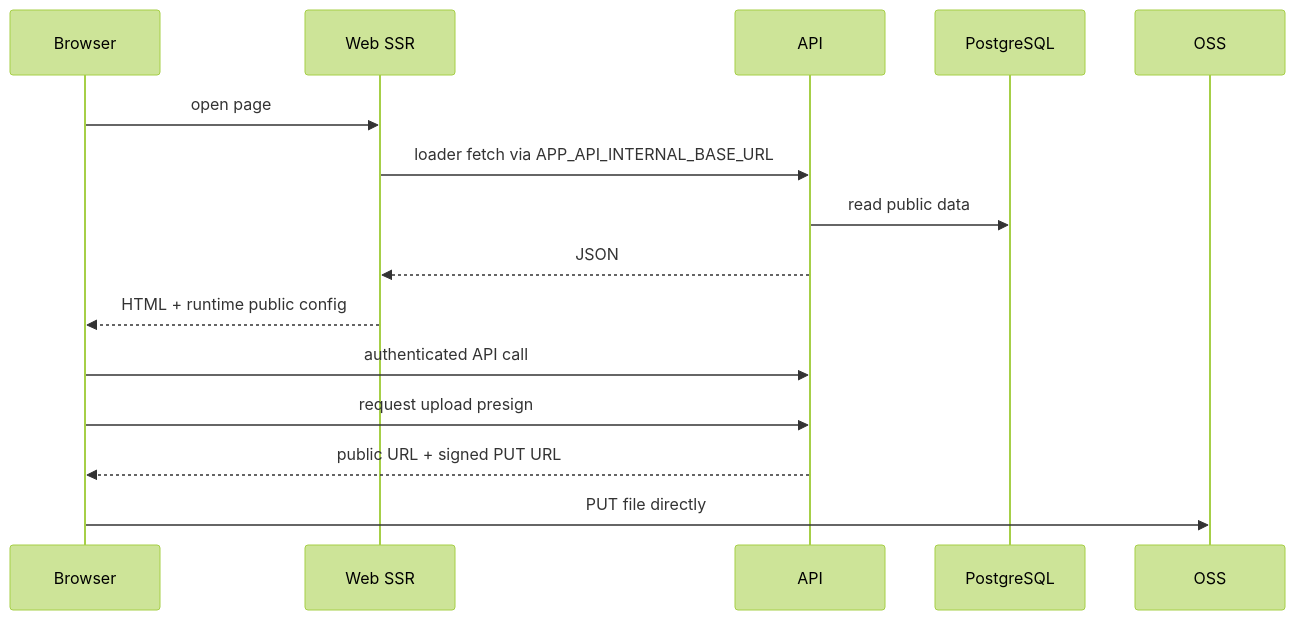
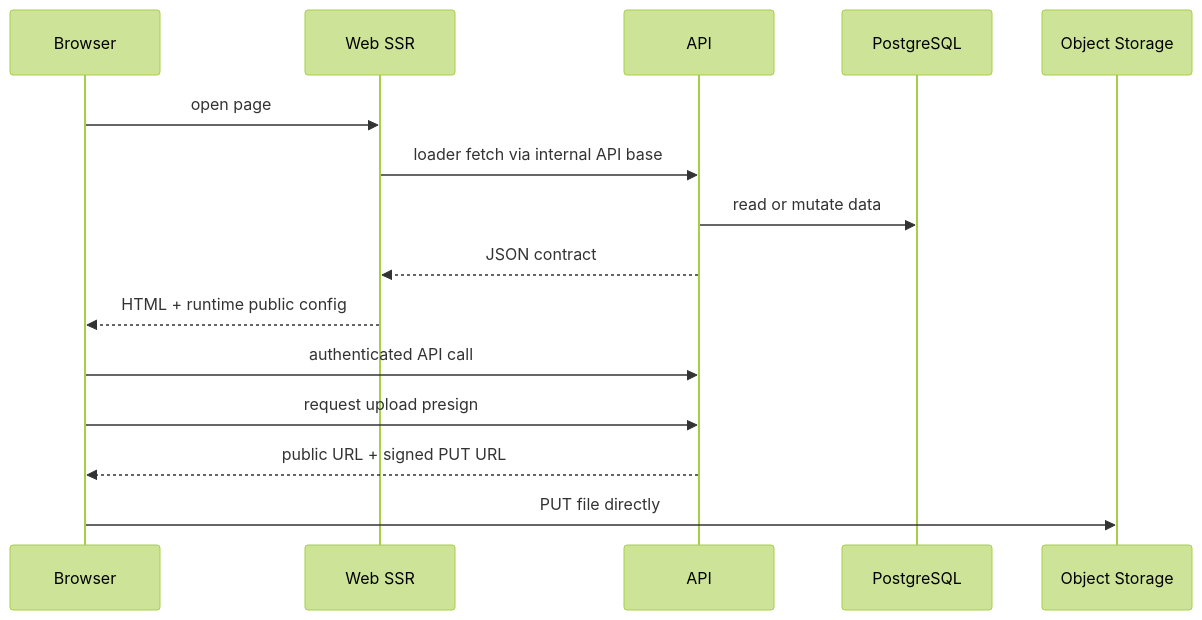
One commit to cnodejs/cnode-next changed the second of 3 diagrams in docs/architecture.md. Above: the diagram before and after it, drawn with Mermaid (forest theme). The commit also changed other lines of this file and 67 other files, not shown here.

````diff
--- a/docs/architecture.md
+++ b/docs/architecture.md
@@ -44,17 +45,17 @@
 ```mermaid
 sequenceDiagram
   participant B as Browser
   participant W as Web SSR
   participant A as API
   participant P as PostgreSQL
-  participant O as OSS
+  participant O as Object Storage
   B->>W: open page
-  W->>A: loader fetch via APP_API_INTERNAL_BASE_URL
-  A->>P: read public data
-  A-->>W: JSON
+  W->>A: loader fetch via internal API base
+  A->>P: read or mutate data
+  A-->>W: JSON contract
   W-->>B: HTML + runtime public config
   B->>A: authenticated API call
   B->>A: request upload presign
   A-->>B: public URL + signed PUT URL
   B->>O: PUT file directly
 ```
````
